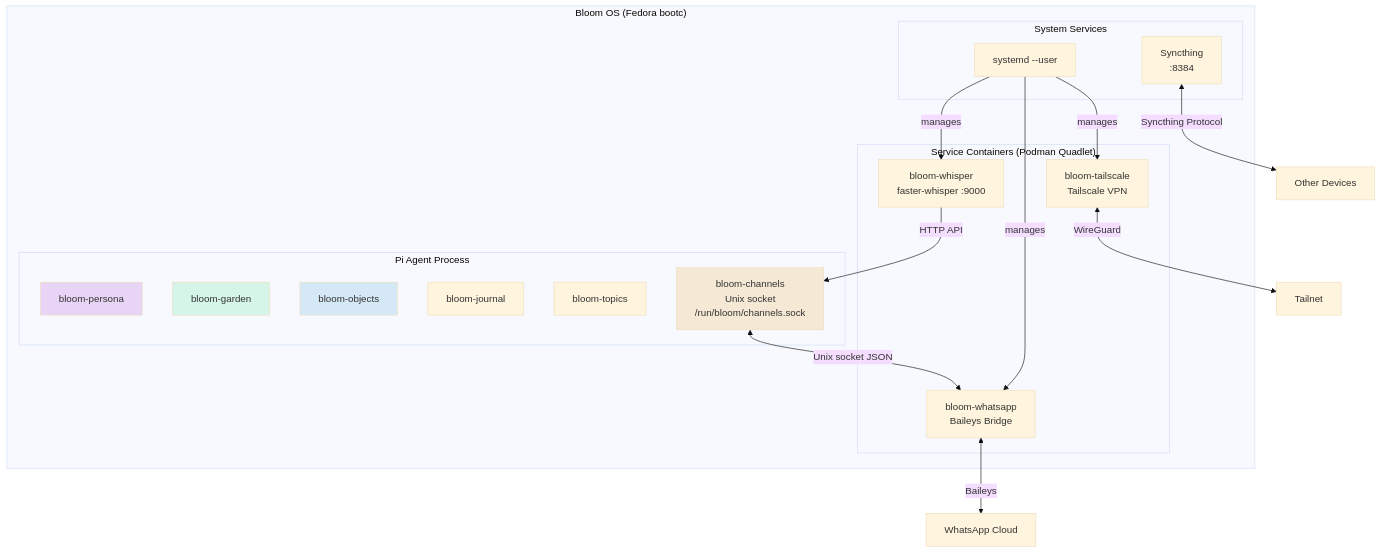
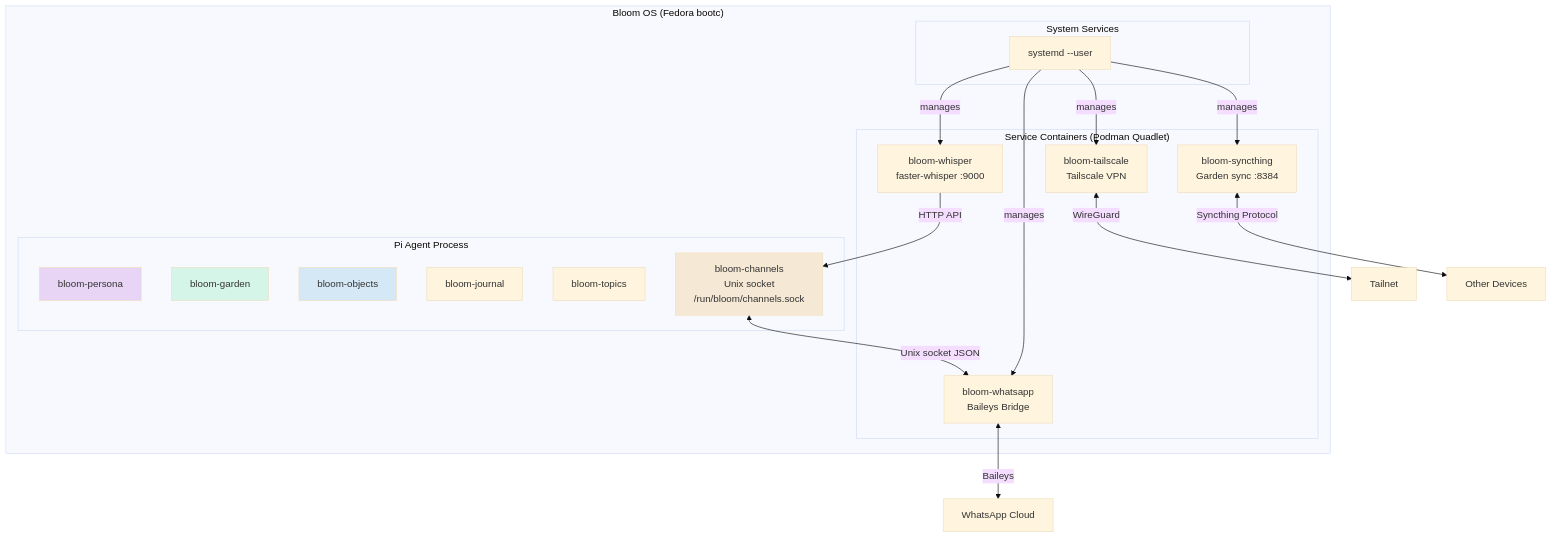
The second of 6 diagrams in docs/service-architecture.md (alexradunet/ownloom), drawn with Mermaid (base theme) before and after one commit. The commit also changed other lines of this file and 8 other files, not shown here.

````diff
--- a/docs/service-architecture.md
+++ b/docs/service-architecture.md
@@ -36,38 +36,39 @@
 ```mermaid
 graph TB
     subgraph "Bloom OS (Fedora bootc)"
         subgraph "Pi Agent Process"
             persona[bloom-persona]
             garden[bloom-garden]
             objects[bloom-objects]
             journal[bloom-journal]
             topics[bloom-topics]
             channels[bloom-channels<br/>Unix socket<br/>/run/bloom/channels.sock]
         end
 
         subgraph "Service Containers (Podman Quadlet)"
             wa[bloom-whatsapp<br/>Baileys Bridge]
             whisper[bloom-whisper<br/>faster-whisper :9000]
             tailscale[bloom-tailscale<br/>Tailscale VPN]
+            syncthing[bloom-syncthing<br/>Garden sync :8384]
         end
 
         subgraph "System Services"
-            syncthing[Syncthing<br/>:8384]
             systemd[systemd --user]
         end
     end
 
     channels <-->|Unix socket JSON| wa
     wa <-->|Baileys| whatsapp_cloud[WhatsApp Cloud]
     whisper -->|HTTP API| channels
     tailscale <-->|WireGuard| tailnet[Tailnet]
     syncthing <-->|Syncthing Protocol| devices[Other Devices]
     systemd -->|manages| wa
     systemd -->|manages| whisper
     systemd -->|manages| tailscale
+    systemd -->|manages| syncthing
 
     style persona fill:#e8d5f5
     style garden fill:#d5f5e8
     style objects fill:#d5e8f5
     style channels fill:#f5e8d5
 ```
````
